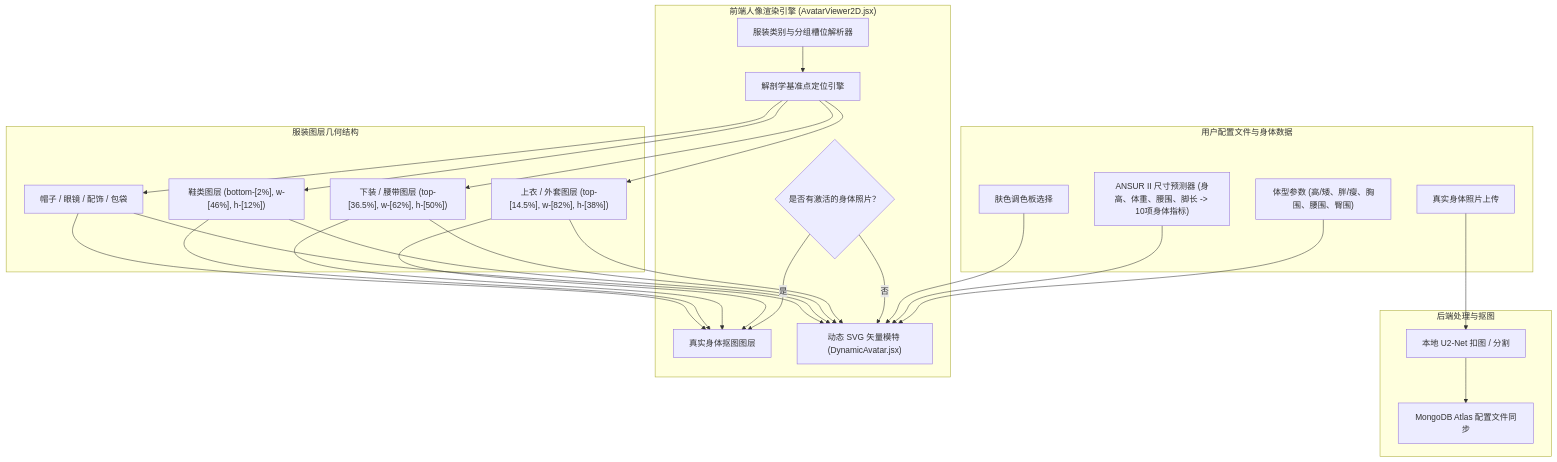
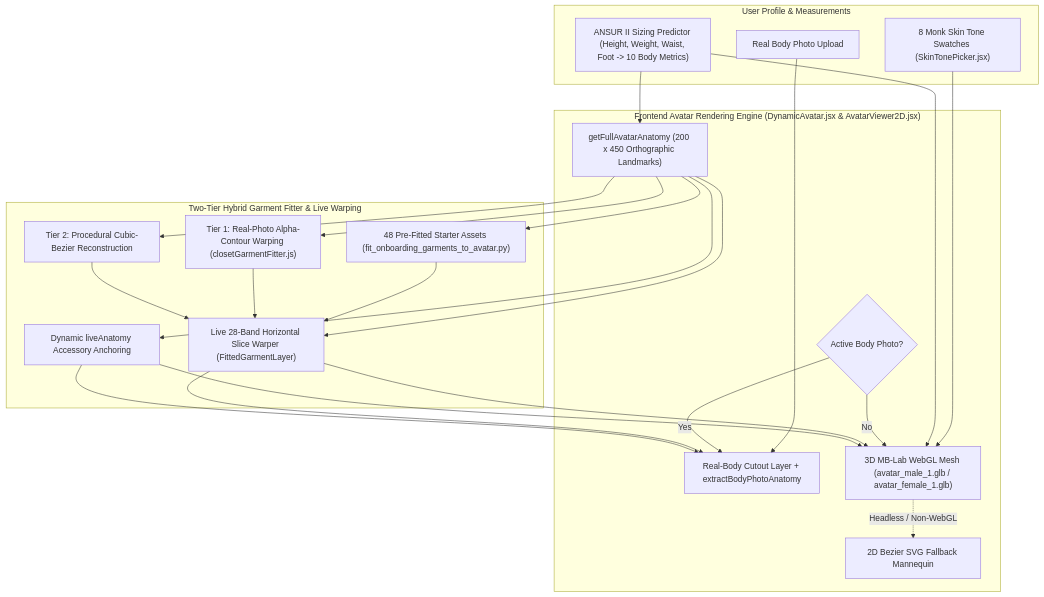
Before and after one commit to Yoram-Jacobs/DressAppV1: the diagram in wiki/zh/Avatar.md, drawn with Mermaid. The commit also changed other lines of this file and 249 other files, not shown here.

Commit message:
fix(avatar): restore 3D dynamic avatar in Saved Outfits canvas and sync garment coordinate mappings and translations

````diff
--- a/wiki/zh/Avatar.md
+++ b/wiki/zh/Avatar.md
@@ -17,41 +17,34 @@
 ```mermaid
 flowchart TD
-    subgraph UserProfile["用户配置文件与身体数据"]
-        U_Photo["真实身体照片上传"]
-        U_Tone["肤色调色板选择"]
-        U_Params["体型参数 (高/矮、胖/瘦、胸围、腰围、臀围)"]
-        U_Sizing["ANSUR II 尺寸预测器 (身高、体重、腰围、脚长 -> 10项身体指标)"]
+    subgraph UserProfile["User Profile & Measurements"]
+        U_Photo["Real Body Photo Upload"]
+        U_Tone["8 Monk Skin Tone Swatches (SkinTonePicker.jsx)"]
+        U_Sizing["ANSUR II Sizing Predictor (Height, Weight, Waist, Foot -> 10 Body Metrics)"]
     end
 
-    subgraph BackendIngest["后端处理与抠图"]
-        Rembg["本地 U2-Net 扣图 / 分割"]
-        Mongo["MongoDB Atlas 配置文件同步"]
+    subgraph AvatarEngine["Frontend Avatar Rendering Engine (DynamicAvatar.jsx & AvatarViewer2D.jsx)"]
+        ModeCheck{"Active Body Photo?"}
+        PhotoView["Real-Body Cutout Layer + extractBodyPhotoAnatomy"]
+        Mesh3DView["3D MB-Lab WebGL Mesh (avatar_male_1.glb / avatar_female_1.glb)"]
+        SvgFallback["2D Bezier SVG Fallback Mannequin"]
+        AnatomyEngine["getFullAvatarAnatomy (200 x 450 Orthographic Landmarks)"]
     end
 
-    subgraph AvatarEngine["前端人像渲染引擎 (AvatarViewer2D.jsx)"]
-        ModeCheck{"是否有激活的身体照片？"}
-        PhotoView["真实身体抠图图层"]
-        MannequinView["动态 SVG 矢量模特 (DynamicAvatar.jsx)"]
-        
-        GarmentResolver["服装类别与分组槽位解析器"]
-        LandmarkCalc["解剖学基准点定位引擎"]
+    subgraph GarmentFitting["Two-Tier Hybrid Garment Fitter & Live Warping"]
+        StarterCapsule["48 Pre-Fitted Starter Assets (fit_onboarding_garments_to_avatar.py)"]
+        Tier1Warp["Tier 1: Real-Photo Alpha-Contour Warping (closetGarmentFitter.js)"]
+        Tier2Bezier["Tier 2: Procedural Cubic-Bezier Reconstruction"]
+        SliceWarper["Live 28-Band Horizontal Slice Warper (FittedGarmentLayer)"]
+        AccessoryAnchor["Dynamic liveAnatomy Accessory Anchoring"]
     end
 
-    subgraph OverlayGeometry["服装图层几何结构"]
-        TopLayer["上衣 / 外套图层 (top-[14.5%], w-[82%], h-[38%])"]
-        BottomLayer["下装 / 腰带图层 (top-[36.5%], w-[62%], h-[50%])"]
-        ShoesLayer["鞋类图层 (bottom-[2%], w-[46%], h-[12%])"]
-        AccessoryLayers["帽子 / 眼镜 / 配饰 / 包袋"]
-    end
-
-    U_Photo --> Rembg --> Mongo
-    U_Params & U_Sizing --> MannequinView
-    U_Tone --> MannequinView
-    
-    ModeCheck -- 是 --> PhotoView
-    ModeCheck -- 否 --> MannequinView
-
-    GarmentResolver --> LandmarkCalc
-    LandmarkCalc --> TopLayer & BottomLayer & ShoesLayer & AccessoryLayers
-    TopLayer & BottomLayer & ShoesLayer & AccessoryLayers --> PhotoView & MannequinView
+    U_Photo --> PhotoView
+    U_Tone & U_Sizing --> Mesh3DView
+    U_Sizing --> AnatomyEngine
+    ModeCheck -- Yes --> PhotoView
+    ModeCheck -- No --> Mesh3DView
+    Mesh3DView -. "Headless / Non-WebGL" .-> SvgFallback
+    AnatomyEngine --> StarterCapsule & Tier1Warp & Tier2Bezier & SliceWarper & AccessoryAnchor
+    StarterCapsule & Tier1Warp & Tier2Bezier --> SliceWarper
+    SliceWarper & AccessoryAnchor --> PhotoView & Mesh3DView
 ```
````
